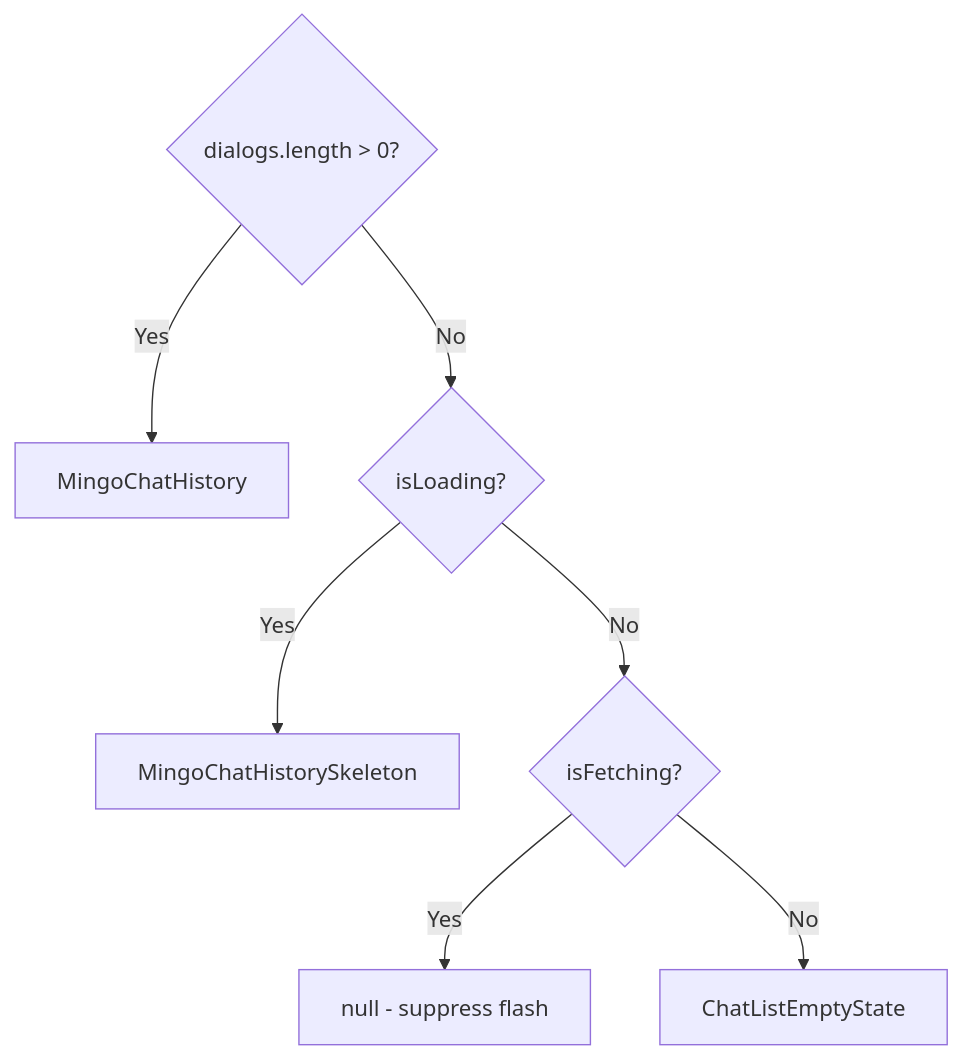
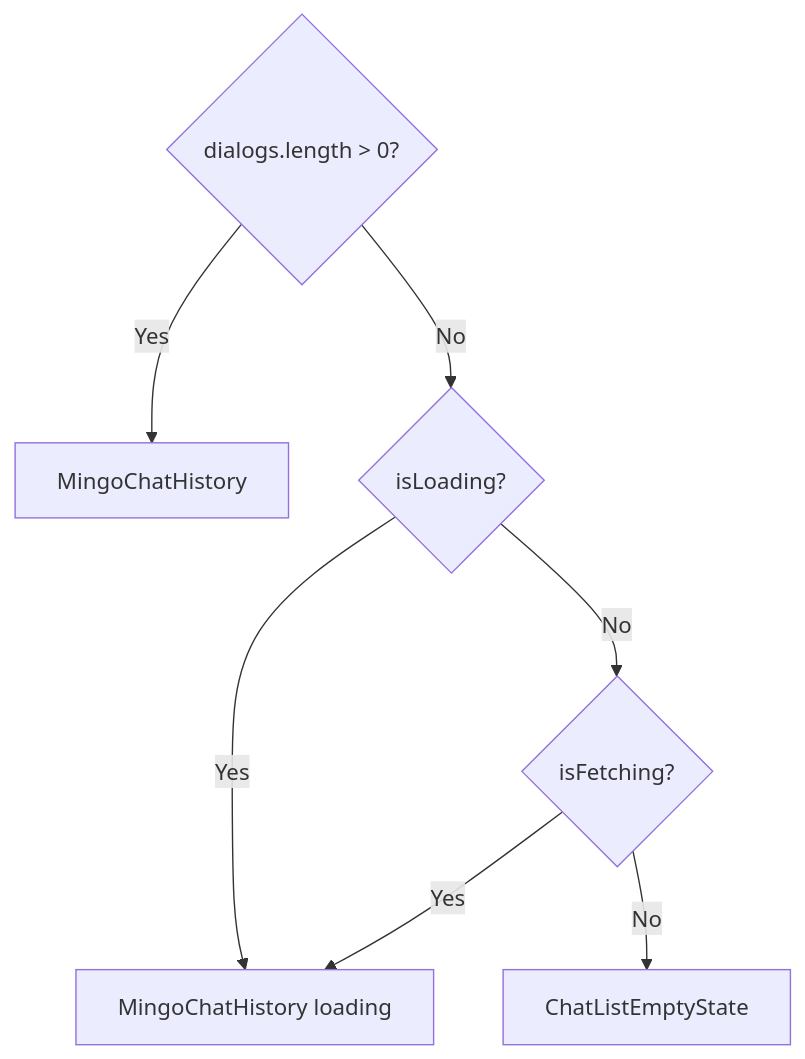
One commit to flamingo-stack/openframe-oss-lib changed the diagram in openframe-frontend-core/src/components/chat/.chat-archive-page.md. Above: the diagram before and after it, drawn with Mermaid. The commit also changed other lines of this file and 614 other files, not shown here.

````diff
--- a/openframe-frontend-core/src/components/chat/.chat-archive-page.md
+++ b/openframe-frontend-core/src/components/chat/.chat-archive-page.md
@@ -48,9 +48,9 @@
 ```mermaid
 graph TD
     A{dialogs.length > 0?} -->|Yes| B[MingoChatHistory]
     A -->|No| C{isLoading?}
-    C -->|Yes| D[MingoChatHistorySkeleton]
+    C -->|Yes| D[MingoChatHistory loading]
     C -->|No| E{isFetching?}
-    E -->|Yes| F[null - suppress flash]
+    E -->|Yes| D
     E -->|No| G[ChatListEmptyState]
 ```
````
